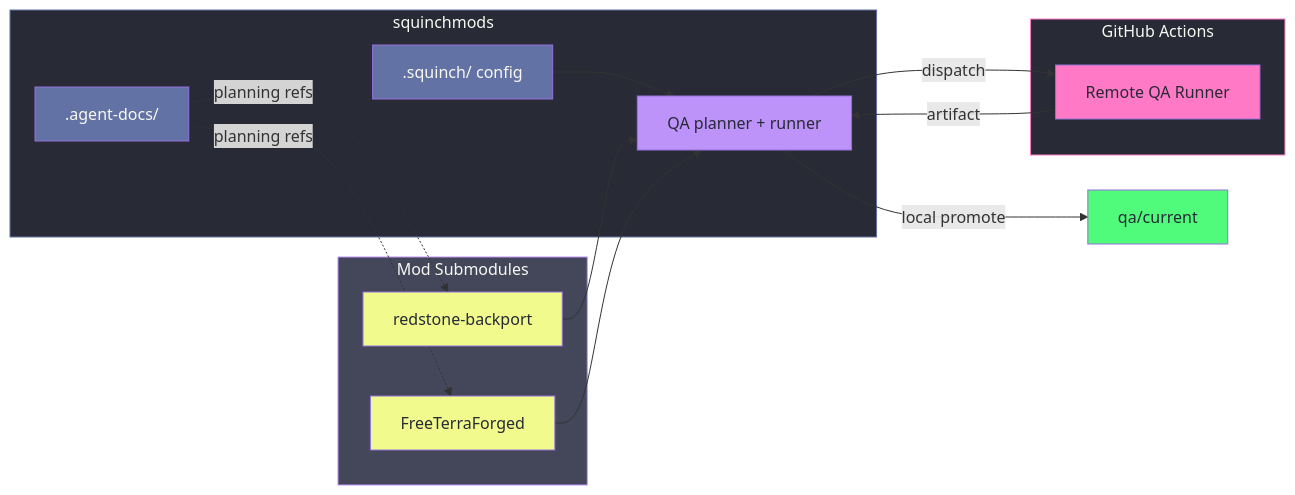
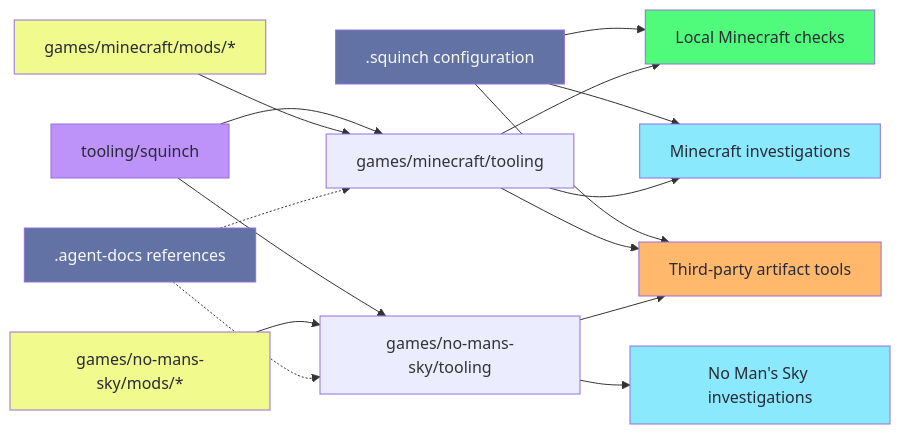
One commit to scottdraper8/squinchmods changed the diagram in .agent-docs/README.md. Above: the diagram before and after it, drawn with Mermaid. The commit also changed other lines of this file and 5 other files, not shown here.

````diff
--- a/.agent-docs/README.md
+++ b/.agent-docs/README.md
@@ -27,38 +15,27 @@
 ```mermaid
-graph LR
-    subgraph Central [squinchmods]
-        Config[.squinch/ config]
-        Docs[.agent-docs/]
-        Planner[QA planner + runner]
-    end
+flowchart LR
+    Dispatcher[tooling/squinch] --> MCTools[games/minecraft/tooling]
+    Dispatcher --> NMSTools[games/no-mans-sky/tooling]
+    Config[.squinch configuration] --> Checks[Local Minecraft checks]
+    Config --> MCInvestigate[Minecraft investigations]
+    Config --> Artifacts[Third-party artifact tools]
+    MCTools --> Checks
+    MCTools --> MCInvestigate
+    NMSTools --> NMSInvestigate[No Man's Sky investigations]
+    MCTools --> Artifacts
+    NMSTools --> Artifacts
+    MCMods[games/minecraft/mods/*] --> MCTools
+    NMSMods[games/no-mans-sky/mods/*] --> NMSTools
+    Docs[.agent-docs references] -.-> MCTools
+    Docs -.-> NMSTools
 
-    subgraph Mods [Mod Submodules]
-        Mod1[redstone-backport]
-        Mod2[FreeTerraForged]
-    end
-
-    subgraph Remote [GitHub Actions]
-        Runner[Remote QA Runner]
-    end
-
-    Config --> Planner
-    Mod1 --> Planner
-    Mod2 --> Planner
-    Planner -->|local promote| Current[qa/current]
-    Planner -->|dispatch| Runner
-    Runner -->|artifact| Planner
-    Docs -.->|planning refs| Mod1
-    Docs -.->|planning refs| Mod2
-
-    %% Dracula Theme Styling
-    style Central fill:#282a36,stroke:#6272a4,color:#f8f8f2
-    style Mods fill:#44475a,stroke:#bd93f9,color:#f8f8f2
-    style Remote fill:#282a36,stroke:#ff79c6,color:#f8f8f2
+    style Dispatcher fill:#bd93f9,color:#282a36
     style Config fill:#6272a4,color:#f8f8f2
+    style Checks fill:#50fa7b,color:#282a36
+    style MCInvestigate fill:#8be9fd,color:#282a36
+    style NMSInvestigate fill:#8be9fd,color:#282a36
+    style Artifacts fill:#ffb86c,color:#282a36
+    style MCMods fill:#f1fa8c,color:#282a36
+    style NMSMods fill:#f1fa8c,color:#282a36
     style Docs fill:#6272a4,color:#f8f8f2
-    style Planner fill:#bd93f9,color:#282a36
-    style Mod1 fill:#f1fa8c,color:#282a36
-    style Mod2 fill:#f1fa8c,color:#282a36
-    style Runner fill:#ff79c6,color:#282a36
-    style Current fill:#50fa7b,color:#282a36
 ```
````
